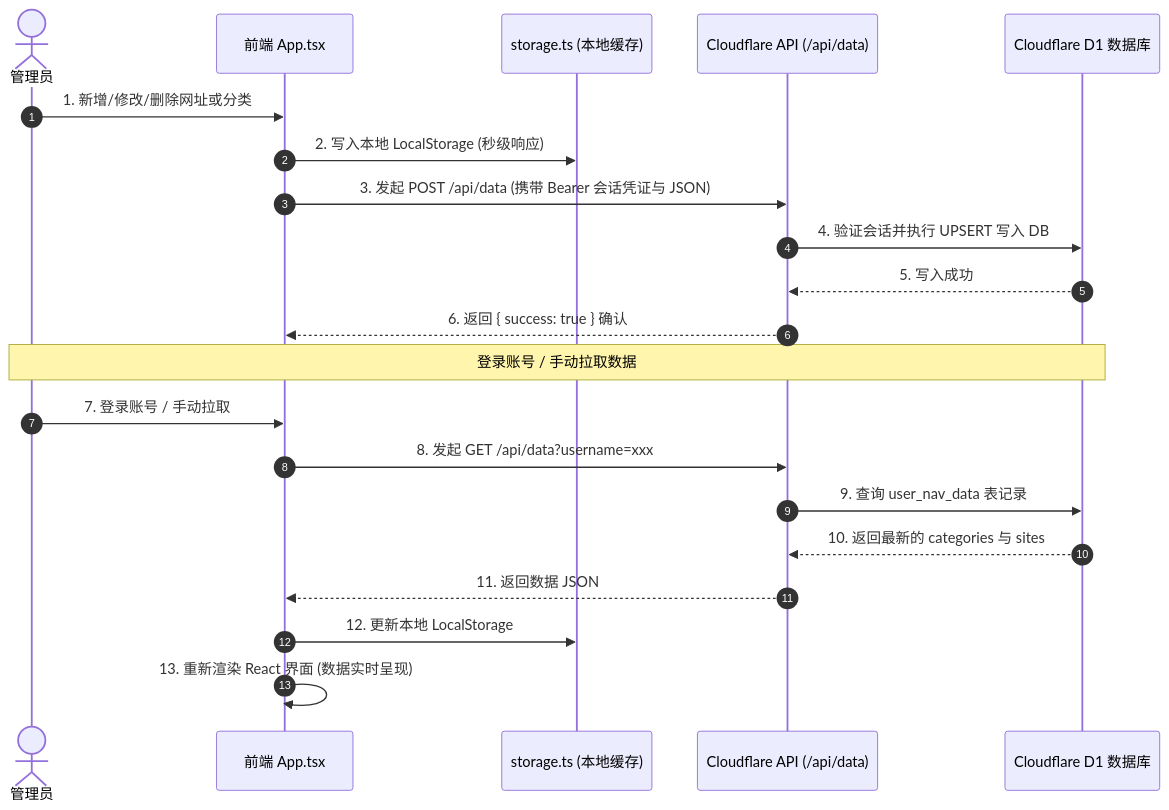
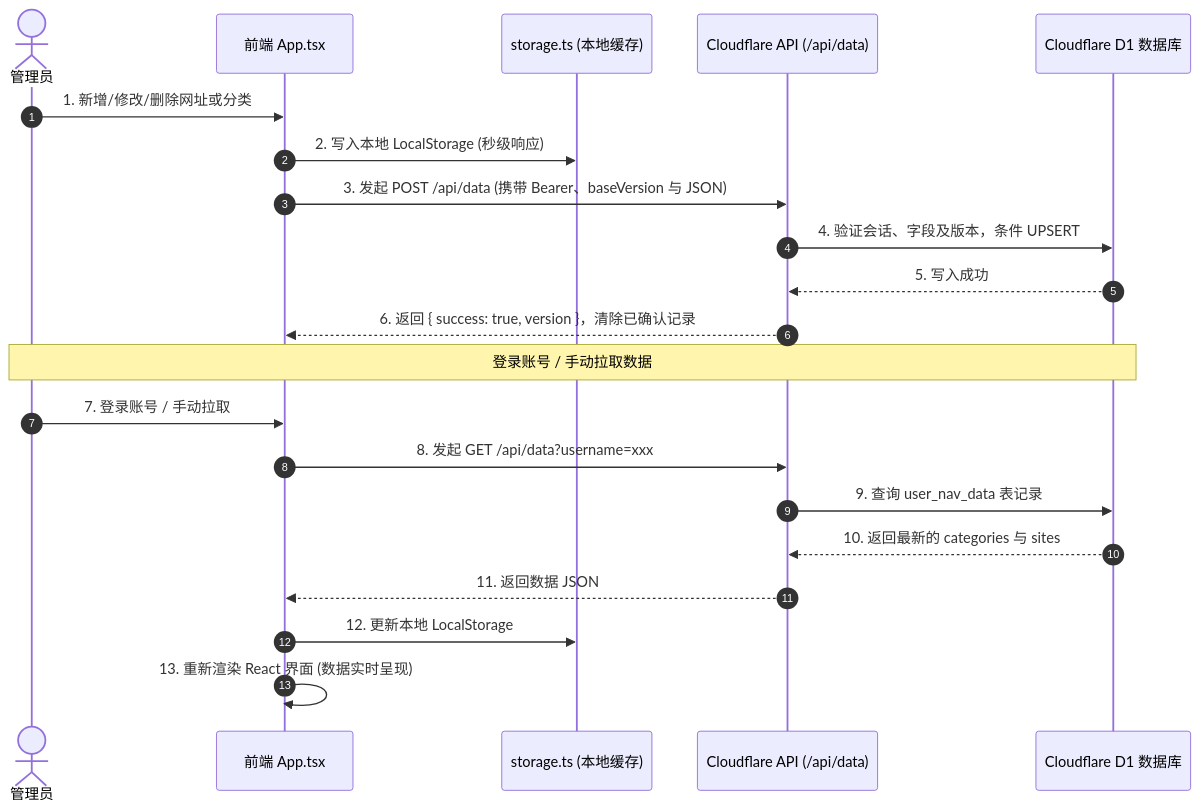
Before and after one commit to nianshu2022/ApexNav: the second of 2 diagrams in ARCHITECTURE.md, drawn with Mermaid. The commit also changed other lines of this file and 39 other files, not shown here.

````diff
--- a/ARCHITECTURE.md
+++ b/ARCHITECTURE.md
@@ -48,25 +52,25 @@
 ```mermaid
 sequenceDiagram
     autonumber
     actor Admin as 管理员
     participant UI as 前端 App.tsx
     participant Store as storage.ts (本地缓存)
     participant Edge as Cloudflare API (/api/data)
     participant D1 as Cloudflare D1 数据库
 
     Admin->>UI: 1. 新增/修改/删除网址或分类
     UI->>Store: 2. 写入本地 LocalStorage (秒级响应)
-    UI->>Edge: 3. 发起 POST /api/data (携带 Bearer 会话凭证与 JSON)
-    Edge->>D1: 4. 验证会话并执行 UPSERT 写入 DB
+    UI->>Edge: 3. 发起 POST /api/data (携带 Bearer、baseVersion 与 JSON)
+    Edge->>D1: 4. 验证会话、字段及版本，条件 UPSERT
     D1-->>Edge: 5. 写入成功
-    Edge-->>UI: 6. 返回 { success: true } 确认
+    Edge-->>UI: 6. 返回 { success: true, version }，清除已确认记录
 
     Note over Admin, D1: 登录账号 / 手动拉取数据
     Admin->>UI: 7. 登录账号 / 手动拉取
     UI->>Edge: 8. 发起 GET /api/data?username=xxx
     Edge->>D1: 9. 查询 user_nav_data 表记录
     D1-->>Edge: 10. 返回最新的 categories 与 sites
     Edge-->>UI: 11. 返回数据 JSON
     UI->>Store: 12. 更新本地 LocalStorage
     UI->>UI: 13. 重新渲染 React 界面 (数据实时呈现)
 ```
````
